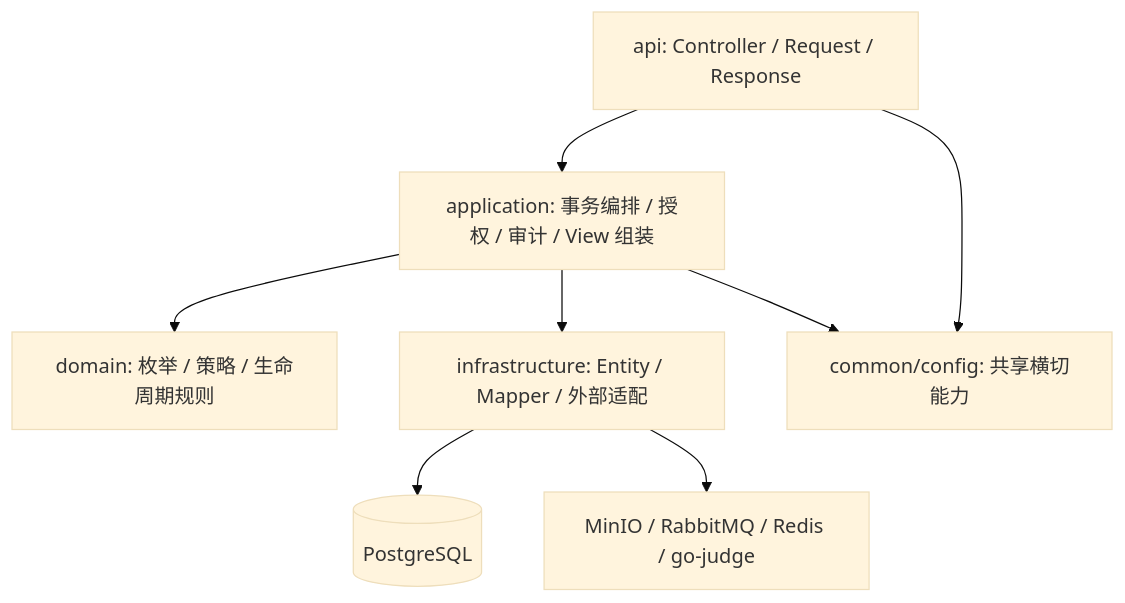
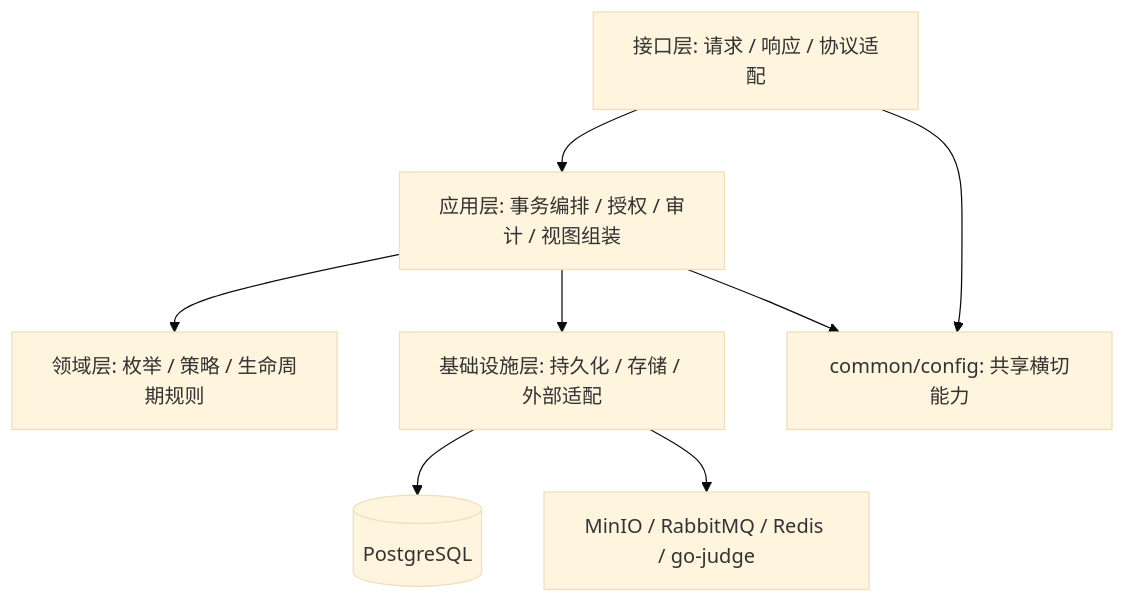
Before and after one commit to BUAA-SEProject/docs: the second of 36 diagrams in 02-process-docs/detailed-design.md, drawn with Mermaid (base theme). The commit also changed other lines of this file and 6 other files, not shown here.

````diff
--- a/02-process-docs/detailed-design.md
+++ b/02-process-docs/detailed-design.md
@@ -134,18 +134,18 @@
 ```mermaid
 flowchart TB
-  Controller["api: Controller / Request / Response"]
-  Application["application: 事务编排 / 授权 / 审计 / View 组装"]
-  Domain["domain: 枚举 / 策略 / 生命周期规则"]
-  Infrastructure["infrastructure: Entity / Mapper / 外部适配"]
+  Controller["接口层: 请求 / 响应 / 协议适配"]
+  Application["应用层: 事务编排 / 授权 / 审计 / 视图组装"]
+  Domain["领域层: 枚举 / 策略 / 生命周期规则"]
+  Infrastructure["基础设施层: 持久化 / 存储 / 外部适配"]
   Common["common/config: 共享横切能力"]
   Database[(PostgreSQL)]
   External["MinIO / RabbitMQ / Redis / go-judge"]
 
   Controller --> Application
   Application --> Domain
   Application --> Infrastructure
   Infrastructure --> Database
   Infrastructure --> External
   Controller --> Common
   Application --> Common
 ```
````
